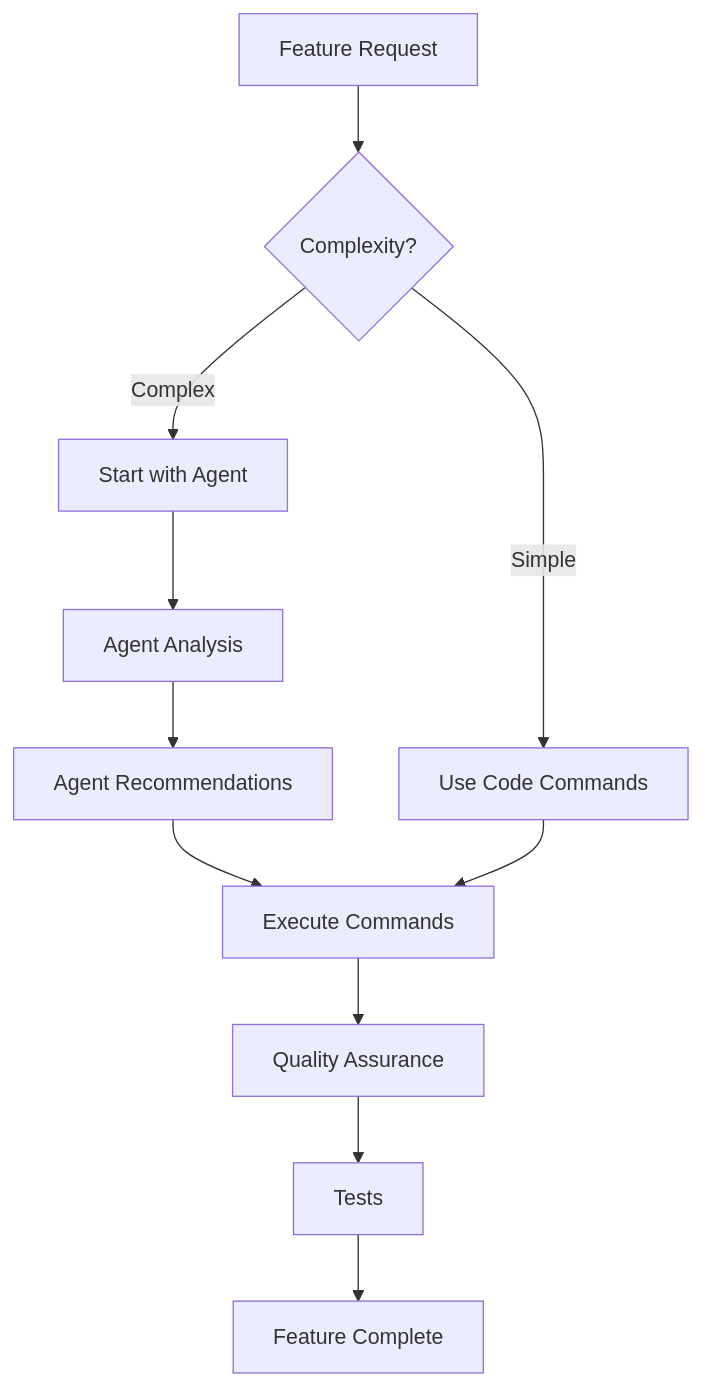
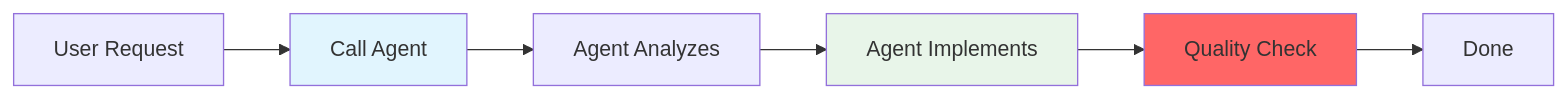
Before and after one commit to pocky/vibe-php: the diagram in .claude/agents/README.md, drawn with Mermaid. The commit also changed other lines of this file and 69 other files, not shown here.

````diff
--- a/.claude/agents/README.md
+++ b/.claude/agents/README.md
@@ -9,15 +13,12 @@
 ```mermaid
-graph TD
-    A[Feature Request] --> B{Complexity?}
-    B -->|Complex| C[Start with Agent]
-    B -->|Simple| D[Use Code Commands]
+graph LR
+    A[User Request] --> B[Call Agent]
+    B --> C[Agent Analyzes]
+    C --> D[Agent Implements]
+    D --> E[Quality Check]
+    E --> F[Done]
     
-    C --> E[Agent Analysis]
-    E --> F[Agent Recommendations]
-    F --> G[Execute Commands]
-    
-    D --> G[Execute Commands]
-    G --> H[Quality Assurance]
-    H --> I[Tests]
-    I --> J[Feature Complete]
+    style B fill:#e1f5fe
+    style D fill:#e8f5e9
+    style E fill:#ff6666
 ```
````
